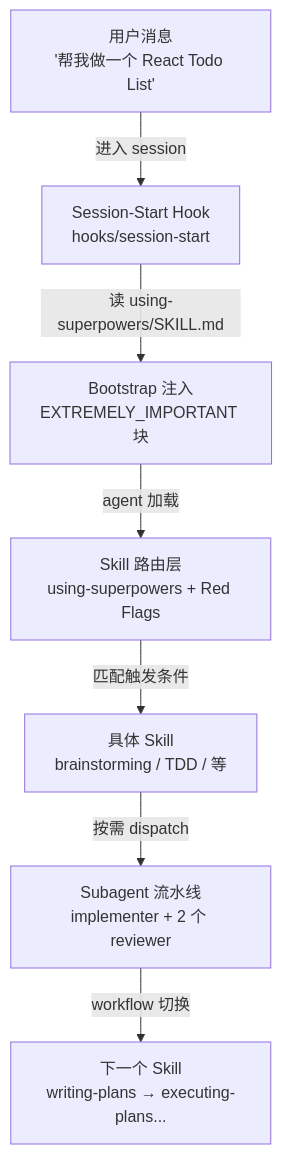
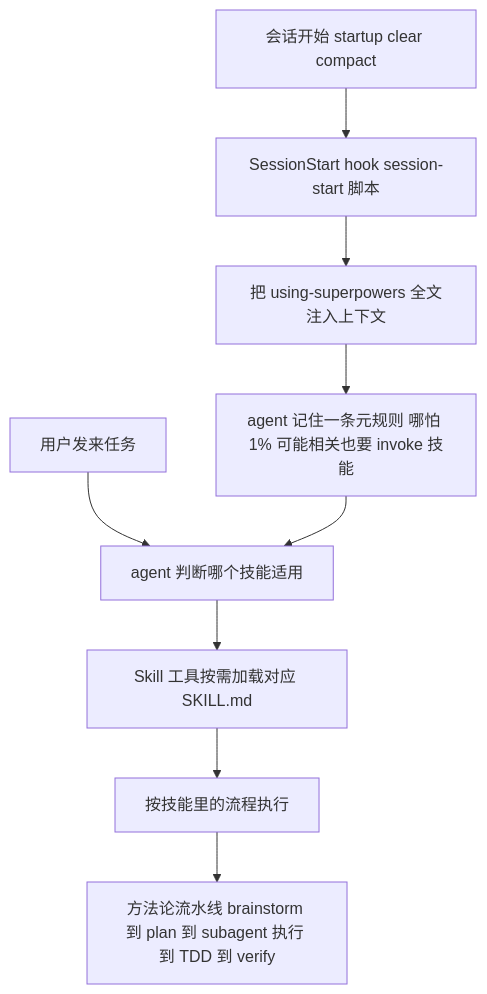
Before and after one commit to diguike/book-source-reading: the first of 5 diagrams in book/02-superpowers.md, drawn with Mermaid. The commit also changed other lines of this file and 7 other files, not shown here.

````diff
--- a/book/02-superpowers.md
+++ b/book/02-superpowers.md
@@ -38,9 +84,11 @@
 ```mermaid
 graph TB
-    A[用户消息<br/>'帮我做一个 React Todo List'] -->|进入 session| B[Session-Start Hook<br/>hooks/session-start]
-    B -->|读 using-superpowers/SKILL.md| C[Bootstrap 注入<br/>EXTREMELY_IMPORTANT 块]
-    C -->|agent 加载| D[Skill 路由层<br/>using-superpowers + Red Flags]
-    D -->|匹配触发条件| E[具体 Skill<br/>brainstorming / TDD / 等]
-    E -->|按需 dispatch| F[Subagent 流水线<br/>implementer + 2 个 reviewer]
-    F -->|workflow 切换| G[下一个 Skill<br/>writing-plans → executing-plans...]
+    A[会话开始 startup clear compact] --> B[SessionStart hook session-start 脚本]
+    B --> C[把 using-superpowers 全文注入上下文]
+    C --> D[agent 记住一条元规则 哪怕 1% 可能相关也要 invoke 技能]
+    E[用户发来任务] --> F[agent 判断哪个技能适用]
+    D --> F
+    F --> G[Skill 工具按需加载对应 SKILL.md]
+    G --> H[按技能里的流程执行]
+    H --> I[方法论流水线 brainstorm 到 plan 到 subagent 执行 到 TDD 到 verify]
 ```
````
